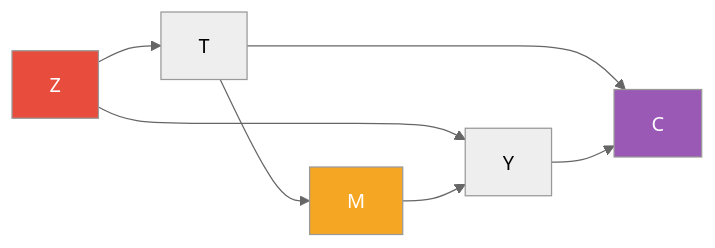
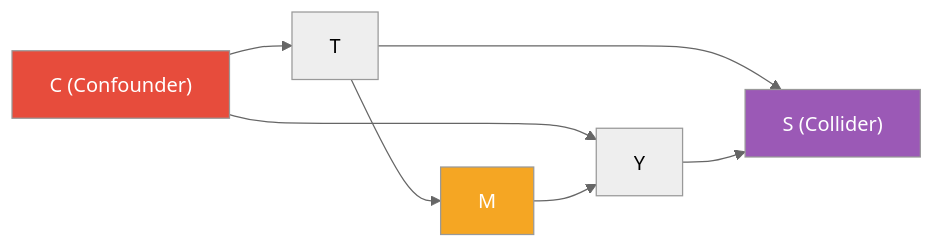
One commit to tbluemlein/causalinference changed the fifth of 6 diagrams in tutorial/2_2_graphical_models.md. Above: the diagram before and after it, drawn with Mermaid (neutral theme). The commit also changed other lines of this file and 13 other files, not shown here.

````diff
--- a/tutorial/2_2_graphical_models.md
+++ b/tutorial/2_2_graphical_models.md
@@ -177,11 +177,11 @@
 ```{mermaid}
 graph LR
-    Z --> T
-    Z --> Y
+    C["C (Confounder)"] --> T
+    C --> Y
     T --> M --> Y
-    T --> C
-    Y --> C
-    style Z fill:#e74c3c,color:#fff
-    style C fill:#9b59b6,color:#fff
+    T --> S["S (Collider)"]
+    Y --> S
+    style C fill:#e74c3c,color:#fff
+    style S fill:#9b59b6,color:#fff
     style M fill:#f5a623,color:#fff
 ```
````
